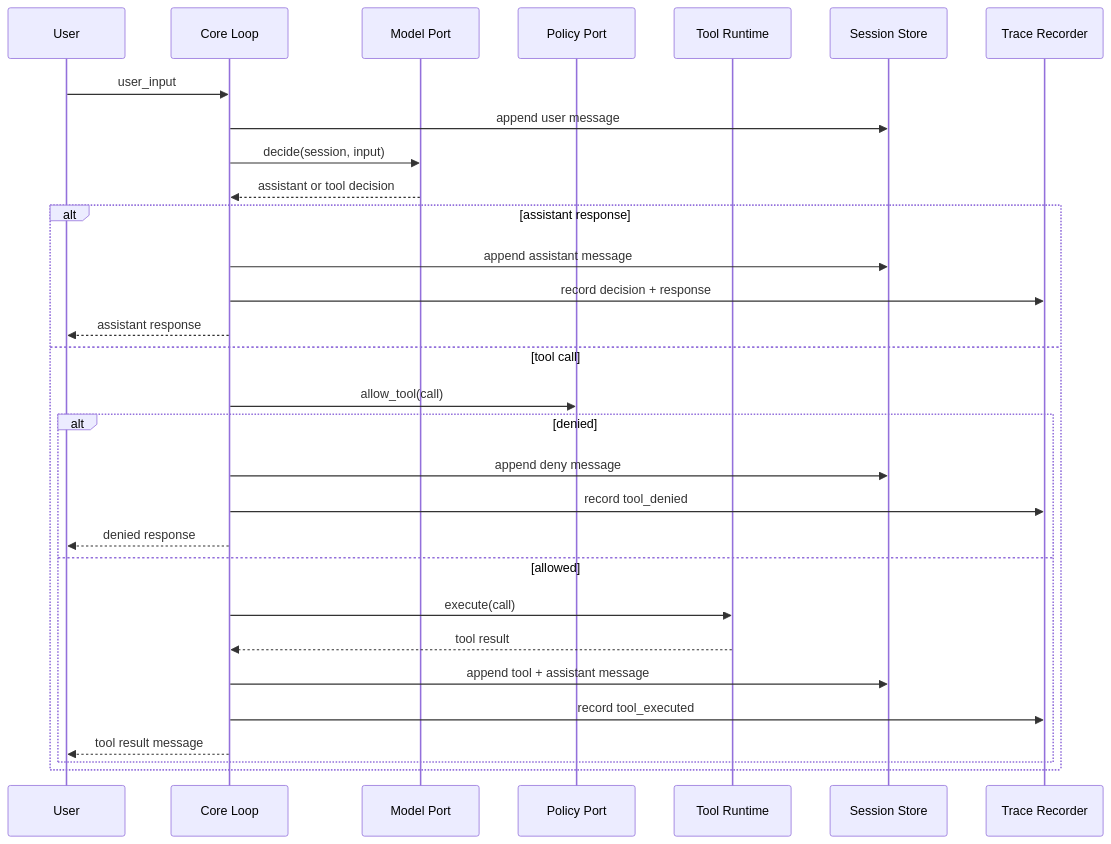
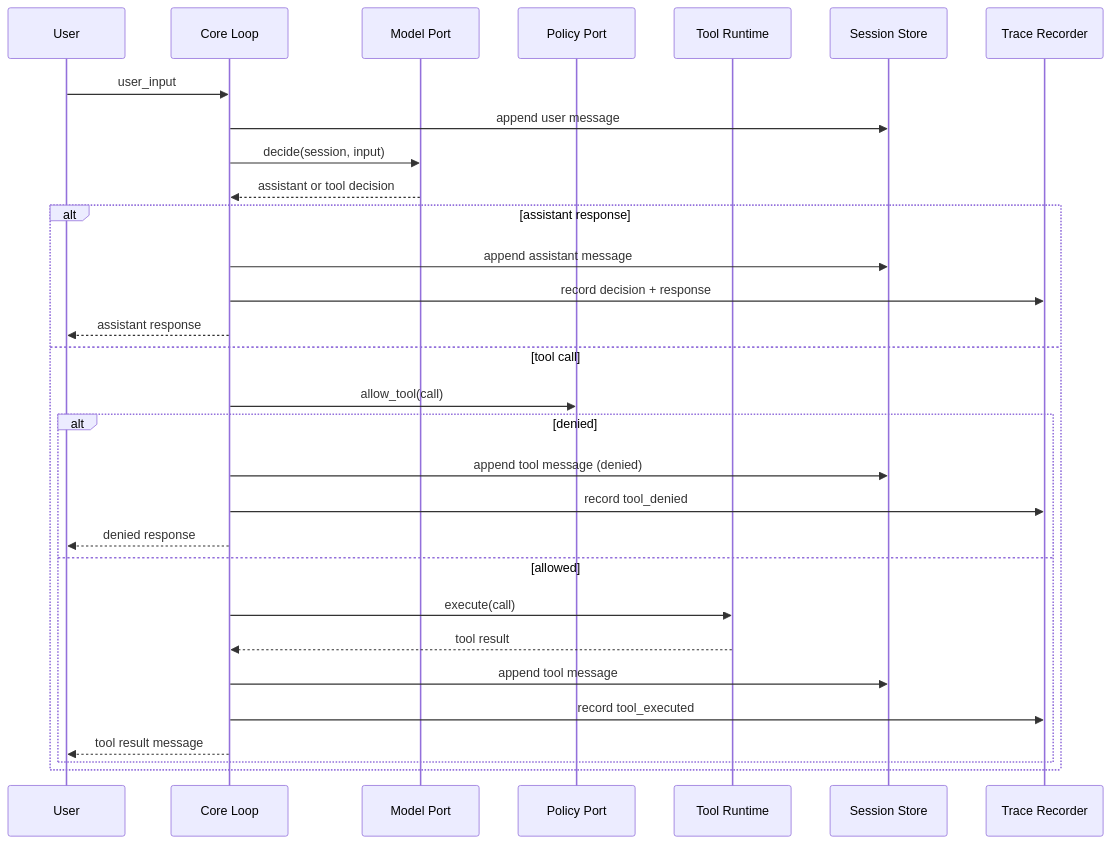
Before and after one commit to zhumengzhu/HarnessLab: the second of 2 diagrams in docs/architecture/overview.md, drawn with Mermaid. The commit also changed other lines of this file and 3 other files, not shown here.

````diff
--- a/docs/architecture/overview.md
+++ b/docs/architecture/overview.md
@@ -79,33 +79,33 @@
 ```mermaid
 sequenceDiagram
     participant User
     participant CoreLoop as Core Loop
     participant ModelPort as Model Port
     participant PolicyPort as Policy Port
     participant ToolRuntime as Tool Runtime
     participant SessionStore as Session Store
     participant TraceRecorder as Trace Recorder
 
     User->>CoreLoop: user_input
     CoreLoop->>SessionStore: append user message
     CoreLoop->>ModelPort: decide(session, input)
     ModelPort-->>CoreLoop: assistant or tool decision
     alt assistant response
         CoreLoop->>SessionStore: append assistant message
         CoreLoop->>TraceRecorder: record decision + response
         CoreLoop-->>User: assistant response
     else tool call
         CoreLoop->>PolicyPort: allow_tool(call)
         alt denied
-            CoreLoop->>SessionStore: append deny message
+            CoreLoop->>SessionStore: append tool message (denied)
             CoreLoop->>TraceRecorder: record tool_denied
             CoreLoop-->>User: denied response
         else allowed
             CoreLoop->>ToolRuntime: execute(call)
             ToolRuntime-->>CoreLoop: tool result
-            CoreLoop->>SessionStore: append tool + assistant message
+            CoreLoop->>SessionStore: append tool message
             CoreLoop->>TraceRecorder: record tool_executed
             CoreLoop-->>User: tool result message
         end
     end
 ```
````
